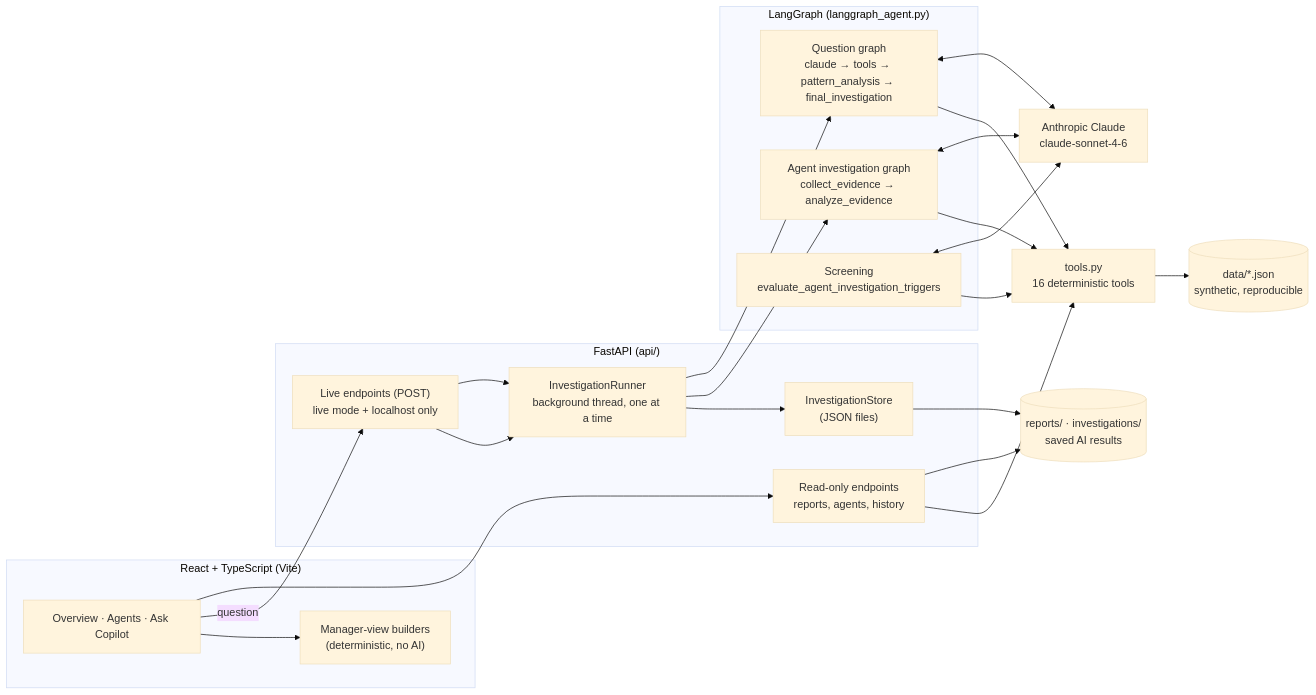
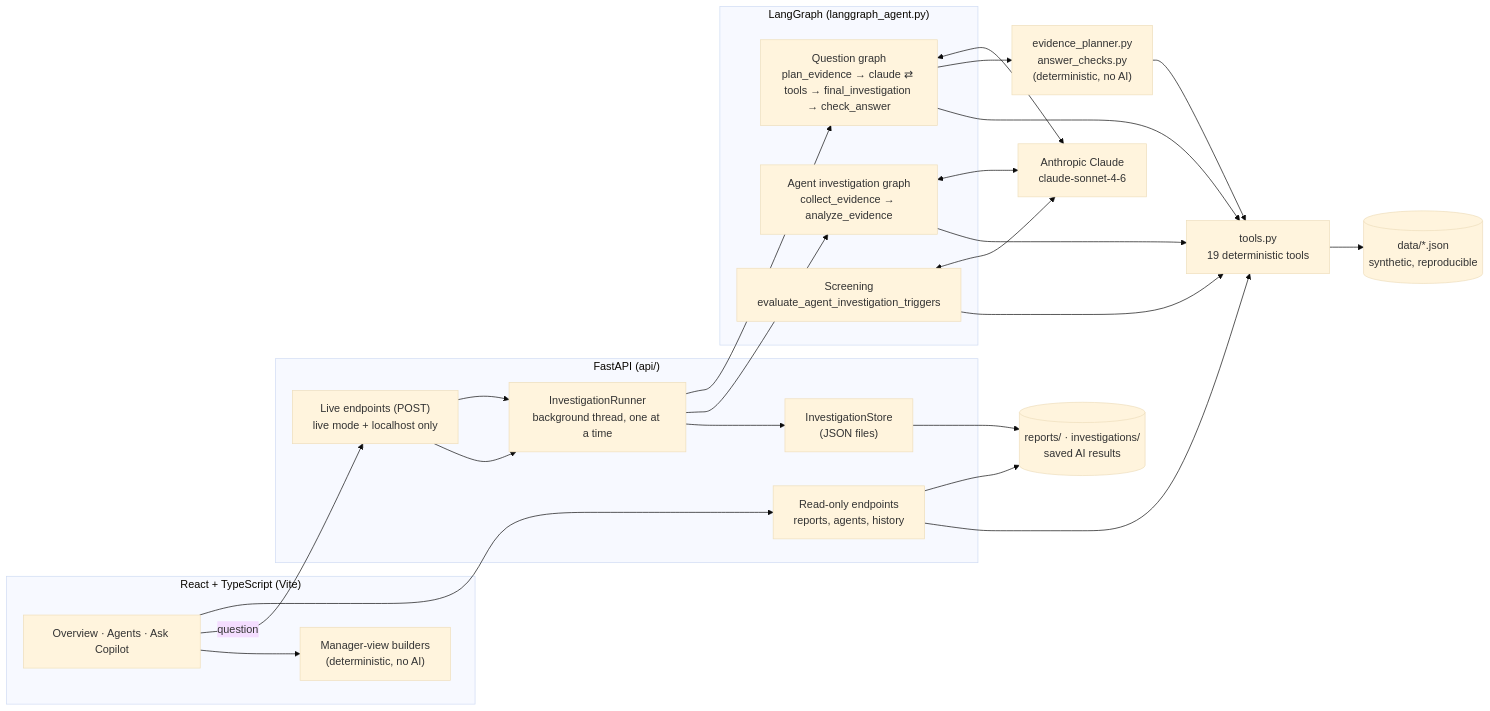
The first of 3 diagrams in README.md (MayYashar27/operations-copilot), drawn with Mermaid (base theme) before and after one commit. The commit also changed other lines of this file and 6 other files, not shown here.

````diff
--- a/README.md
+++ b/README.md
@@ -85,39 +85,42 @@
 ```mermaid
 flowchart LR
     subgraph Browser["React + TypeScript (Vite)"]
         UI["Overview · Agents · Ask Copilot"]
         MV["Manager-view builders<br/>(deterministic, no AI)"]
     end
 
     subgraph API["FastAPI (api/)"]
         RO["Read-only endpoints<br/>reports, agents, history"]
         LIVE["Live endpoints (POST)<br/>live mode + localhost only"]
         RUN["InvestigationRunner<br/>background thread, one at a time"]
         STORE["InvestigationStore<br/>(JSON files)"]
     end
 
     subgraph Agent["LangGraph (langgraph_agent.py)"]
-        G1["Question graph<br/>claude → tools → pattern_analysis → final_investigation"]
+        G1["Question graph<br/>plan_evidence → claude ⇄ tools → final_investigation → check_answer"]
         G2["Agent investigation graph<br/>collect_evidence → analyze_evidence"]
         SCR["Screening<br/>evaluate_agent_investigation_triggers"]
     end
 
-    TOOLS["tools.py<br/>16 deterministic tools"]
+    PLAN["evidence_planner.py<br/>answer_checks.py<br/>(deterministic, no AI)"]
+    TOOLS["tools.py<br/>19 deterministic tools"]
     DATA[("data/*.json<br/>synthetic, reproducible")]
     SAVED[("reports/ · investigations/<br/>saved AI results")]
     LLM["Anthropic Claude<br/>claude-sonnet-4-6"]
 
     UI --> RO --> SAVED
     RO --> TOOLS
     UI -- "question" --> LIVE --> RUN --> G1
     LIVE --> RUN --> G2
     G1 <--> LLM
     G2 <--> LLM
     SCR <--> LLM
+    G1 --> PLAN
+    PLAN --> TOOLS
     G1 --> TOOLS
     G2 --> TOOLS
     SCR --> TOOLS
     TOOLS --> DATA
     RUN --> STORE --> SAVED
     UI --> MV
 ```
````
